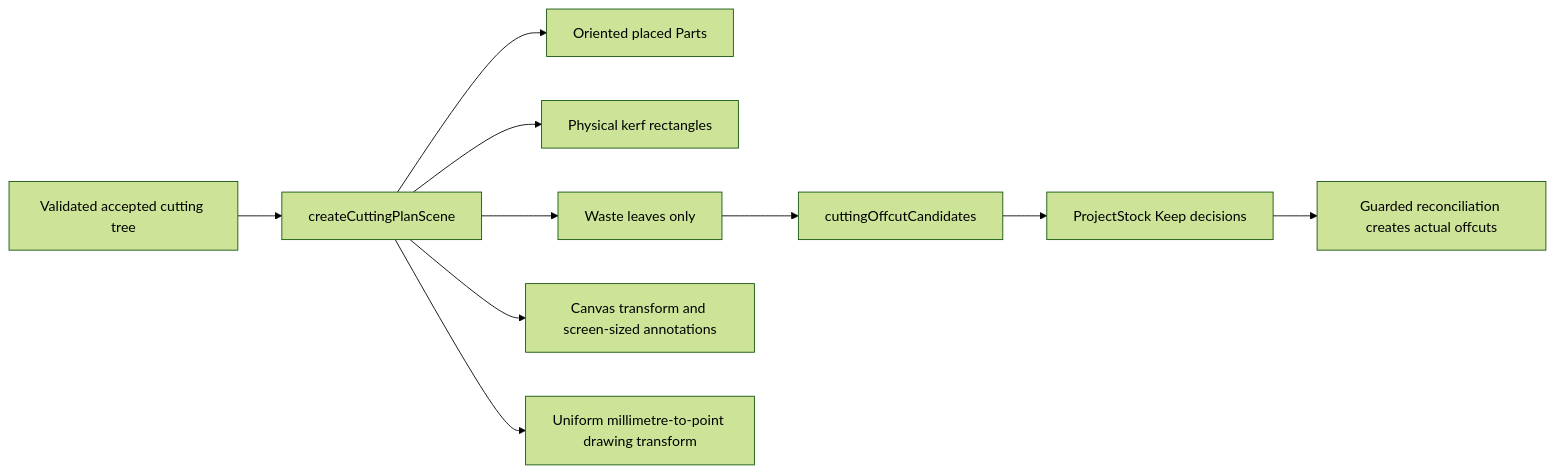
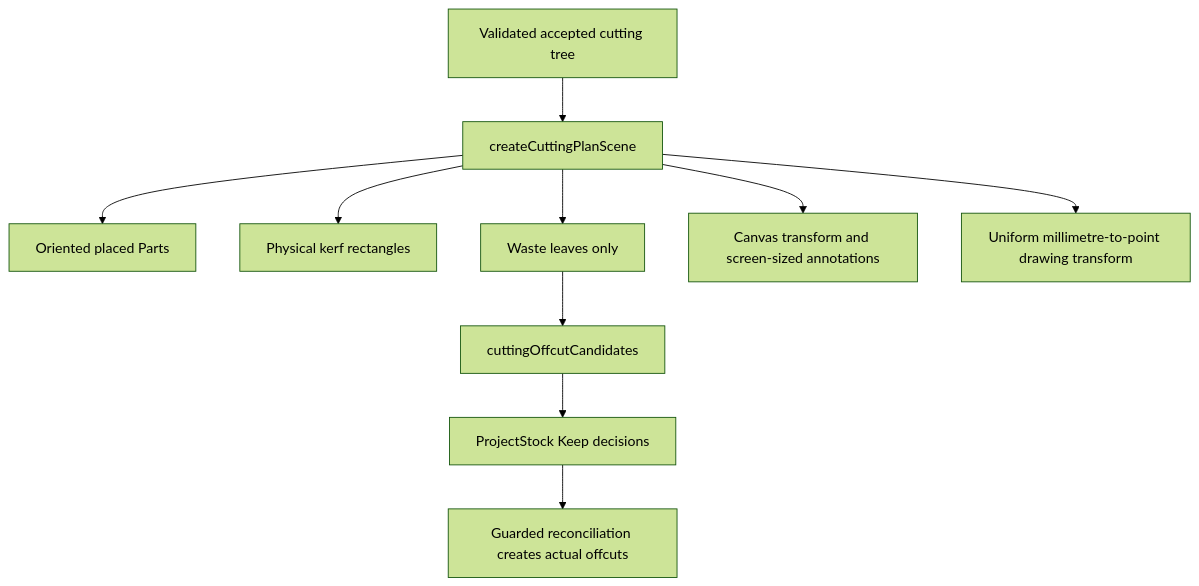
One commit to tanguy-rdt/opticutlist changed the third of 3 diagrams in docs/optimization.md. Above: the diagram before and after it, drawn with Mermaid (forest theme). The commit also changed other lines of this file and 23 other files, not shown here.

````diff
--- a/docs/optimization.md
+++ b/docs/optimization.md
@@ -182,12 +186,12 @@
 ```mermaid
-flowchart LR
+flowchart TD
   Tree[Validated accepted cutting tree] --> Scene[createCuttingPlanScene]
   Scene --> Parts[Oriented placed Parts]
   Scene --> Kerf[Physical kerf rectangles]
   Scene --> Waste[Waste leaves only]
   Waste --> Candidates[cuttingOffcutCandidates]
   Candidates --> Keep[ProjectStock Keep decisions]
   Keep --> Physical[Guarded reconciliation creates actual offcuts]
   Scene --> Konva[Canvas transform and screen-sized annotations]
   Scene --> PDF[Uniform millimetre-to-point drawing transform]
 ```
````
